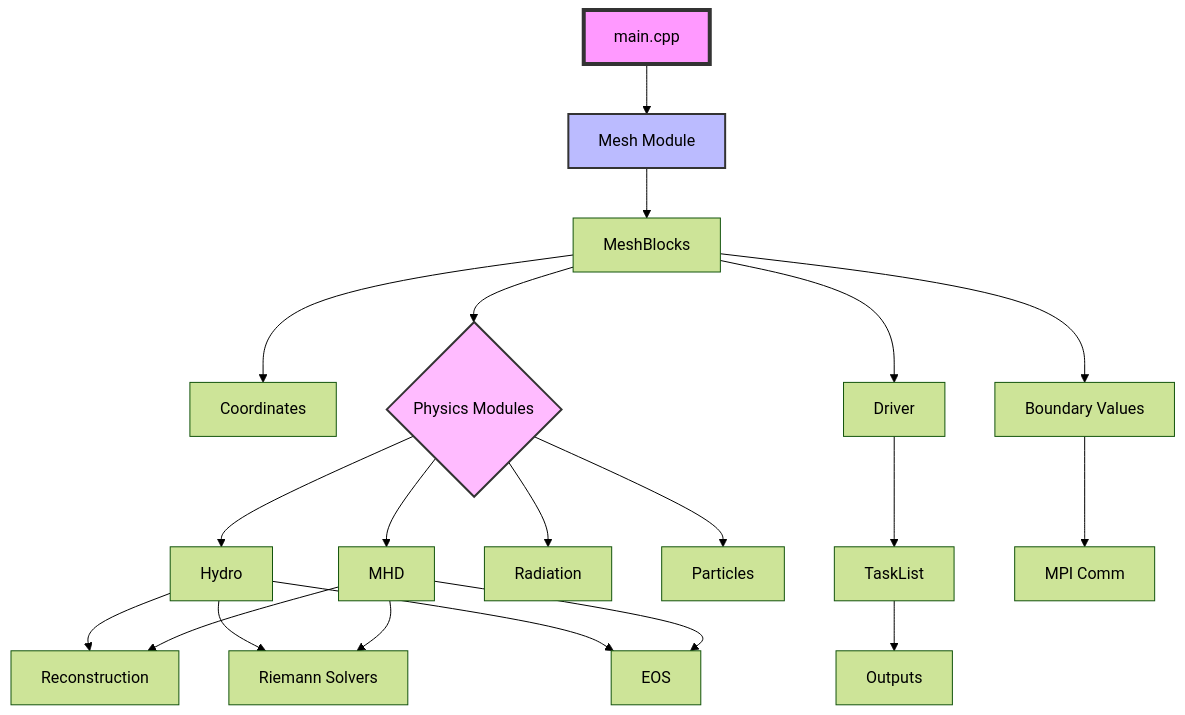
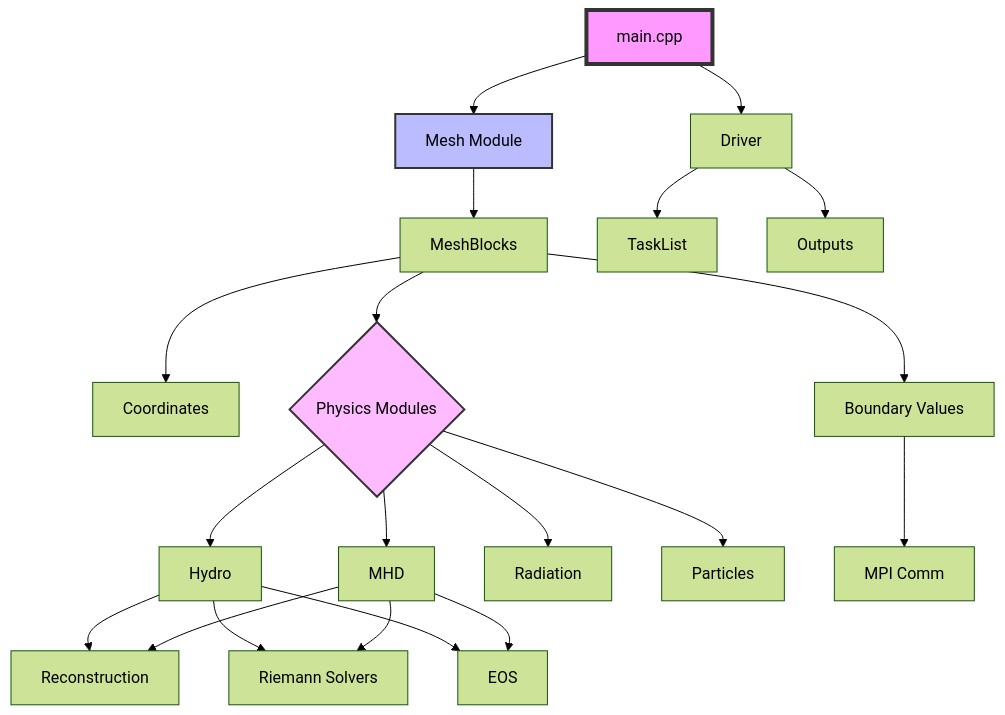
Before and after one commit to dfielding14/athenak: the diagram in docs/source/modules/index.md, drawn with Mermaid (forest theme). The commit also changed other lines of this file and 56 other files, not shown here.

````diff
--- a/docs/source/modules/index.md
+++ b/docs/source/modules/index.md
@@ -61,31 +64,31 @@
 ```{mermaid}
 flowchart TD
     Main[main.cpp] --> Mesh[Mesh Module]
     Mesh --> MB[MeshBlocks]
     MB --> Coords[Coordinates]
     
     MB --> Physics{Physics Modules}
     Physics --> Hydro[Hydro]
     Physics --> MHD[MHD]
     Physics --> Rad[Radiation]
     Physics --> Particles[Particles]
     
     Hydro --> Recon[Reconstruction]
     MHD --> Recon
     Hydro --> Riemann[Riemann Solvers]
     MHD --> Riemann
     
     Hydro --> EOS[EOS]
     MHD --> EOS
     
-    MB --> Driver[Driver]
+    Main --> Driver[Driver]
     Driver --> Tasks[TaskList]
-    Tasks --> Outputs[Outputs]
+    Driver --> Outputs[Outputs]
     
     MB --> BVals[Boundary Values]
     BVals --> MPI[MPI Comm]
     
     style Main fill:#f9f,stroke:#333,stroke-width:4px
     style Mesh fill:#bbf,stroke:#333,stroke-width:2px
     style Physics fill:#fbf,stroke:#333,stroke-width:2px
 ```
````
